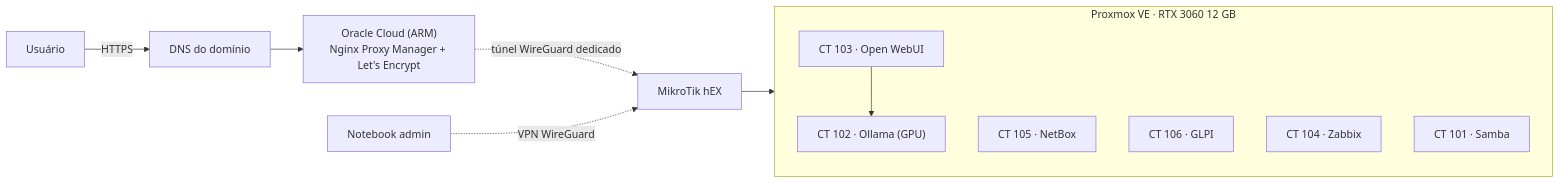
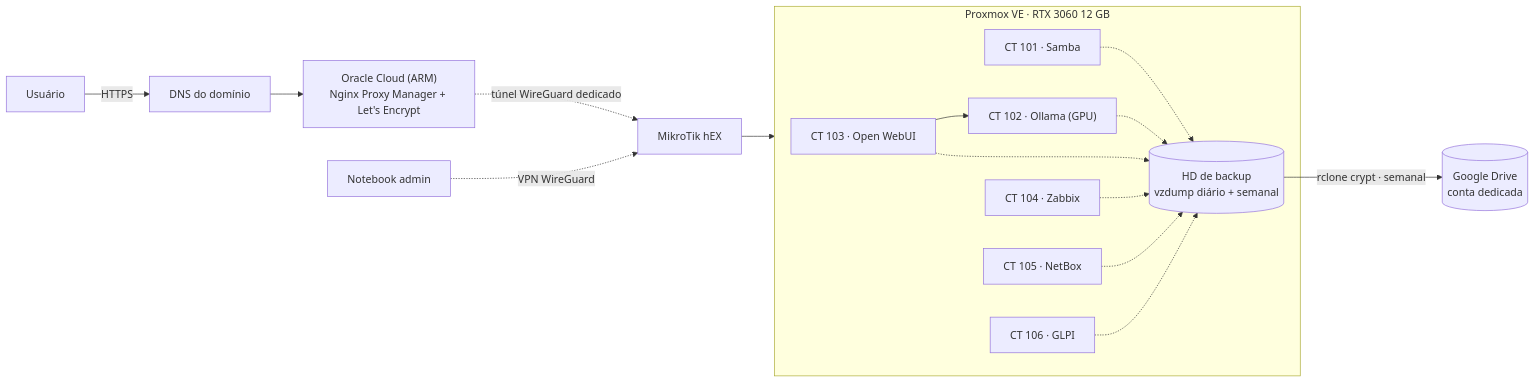
Before and after one commit to FelpsAlmeid/homelab-infra: the diagram in README.md, drawn with Mermaid. The commit also changed 1 other file, not shown here.

Commit message:
arquitetura: fluxo de backup (vzdump no HD e cópia rclone crypt para o Drive)
Claude-Session: https://claude.ai/code/session_01NMHfFa9fDD9LPN1ULR6MFw

````diff
--- a/README.md
+++ b/README.md
@@ -11,16 +11,20 @@
 ```mermaid
 flowchart LR
     U[Usuário] -->|HTTPS| D[DNS do domínio]
     D --> O["Oracle Cloud (ARM)<br/>Nginx Proxy Manager + Let's Encrypt"]
     O -.->|túnel WireGuard dedicado| M[MikroTik hEX]
     N[Notebook admin] -.->|VPN WireGuard| M
     M --> P
 
     subgraph P["Proxmox VE · RTX 3060 12 GB"]
       W["CT 103 · Open WebUI"] --> L["CT 102 · Ollama (GPU)"]
       NB["CT 105 · NetBox"]
       G["CT 106 · GLPI"]
       Z["CT 104 · Zabbix"]
       S["CT 101 · Samba"]
+      HD[("HD de backup<br/>vzdump diário + semanal")]
+      S & L & W & Z & NB & G -.-> HD
     end
+
+    HD -->|"rclone crypt · semanal"| GD[("Google Drive<br/>conta dedicada")]
 ```
````
